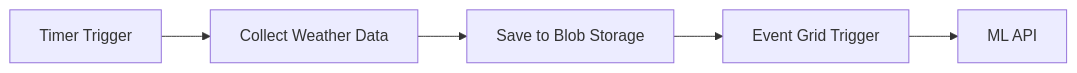
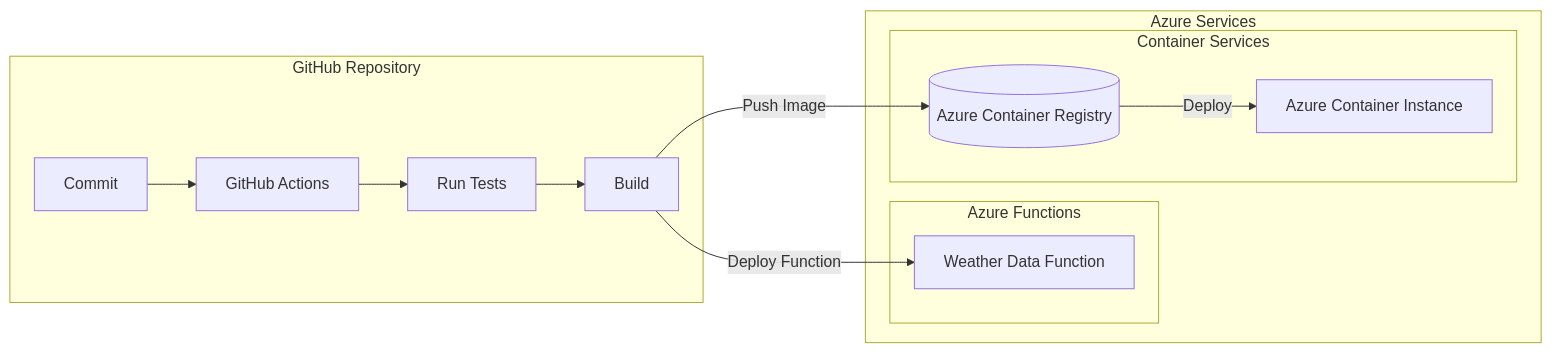
Before and after one commit to reginaortegav/MLOps_Project: the second of 5 diagrams in readme.md, drawn with Mermaid. The commit also changed other lines of this file, not shown here.

Commit message:
Architecture diagrams added

````diff
--- a/readme.md
+++ b/readme.md
@@ -39,7 +68,23 @@
-   ```mermaid
-   graph LR
-      A[Timer Trigger] --> B[Collect Weather Data]
-      B --> C[Save to Blob Storage]
-      C --> D[Event Grid Trigger]
-      D --> E[ML API]
-   ```
+```mermaid
+graph LR
+    subgraph GitHub["GitHub Repository"]
+        C[Commit] --> A[GitHub Actions]
+        A --> T[Run Tests]
+        T --> B[Build]
+    end
+    
+    subgraph Azure["Azure Services"]
+        subgraph Functions["Azure Functions"]
+            AF[Weather Data Function]
+        end
+        
+        subgraph Containers["Container Services"]
+            ACR[(Azure Container Registry)]
+            ACI[Azure Container Instance]
+        end
+    end
+    
+    B -->|Deploy Function| AF
+    B -->|Push Image| ACR
+    ACR -->|Deploy| ACI
+```
````
